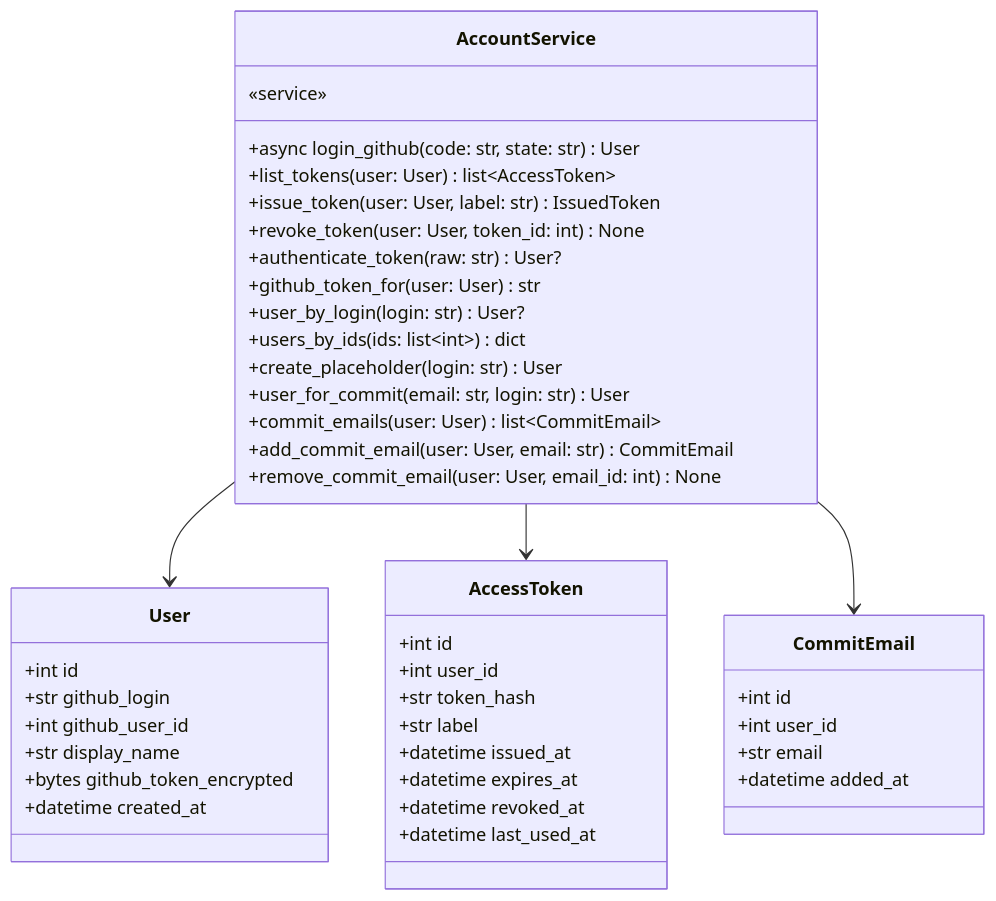
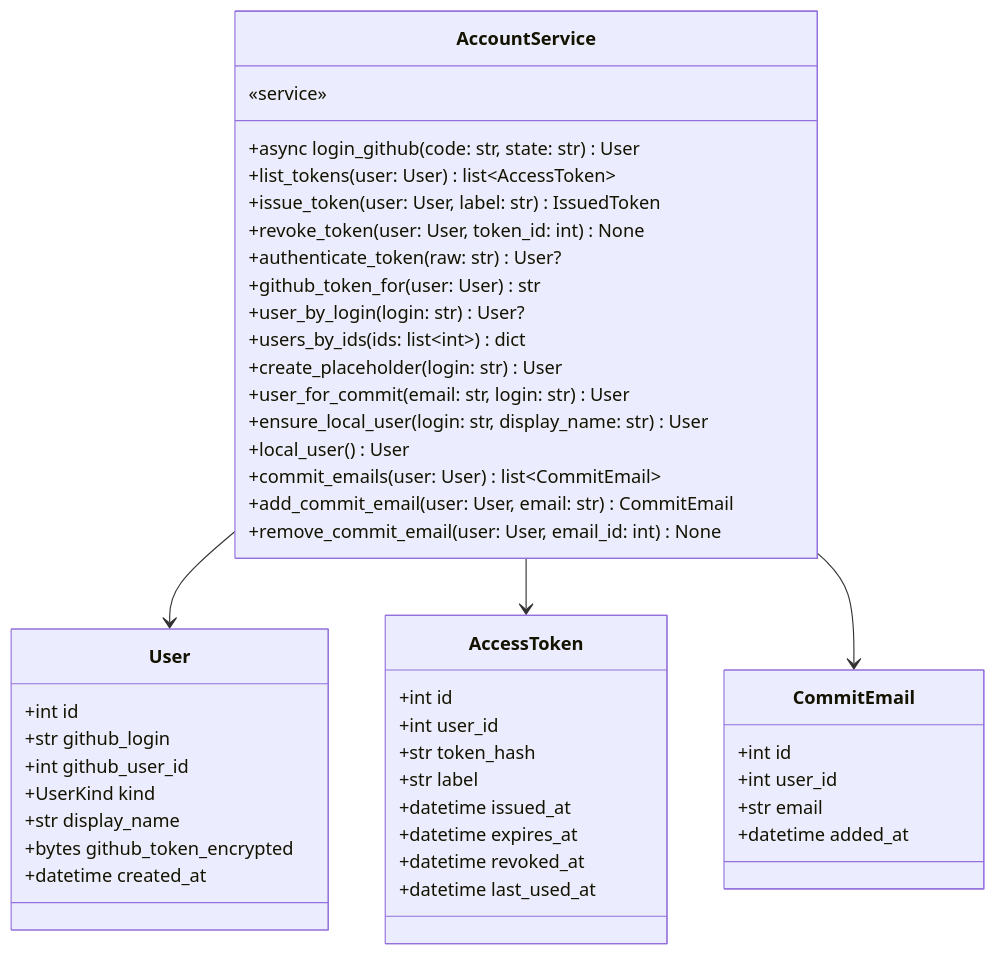
Before and after one commit to HoyoungParkme/syncdoc: diagram 20 of 22 in docs/specs/06-DOM/SYNC-DOM-002.md, drawn with Mermaid. The commit also changed other lines of this file, not shown here.

First line of the commit message:
spec(SYNC-DOM-002): User.kind · UserKind · ensure_local_user·local_user · user_for_commit 폐쇄망판

````diff
--- a/docs/specs/06-DOM/SYNC-DOM-002.md
+++ b/docs/specs/06-DOM/SYNC-DOM-002.md
@@ -918,46 +922,49 @@
 ```mermaid
 classDiagram
     class AccountService {
         «service»
         +async login_github(code: str, state: str) User
         +list_tokens(user: User) list~AccessToken~
         +issue_token(user: User, label: str) IssuedToken
         +revoke_token(user: User, token_id: int) None
         +authenticate_token(raw: str) User?
         +github_token_for(user: User) str
         +user_by_login(login: str) User?
         +users_by_ids(ids: list~int~) dict
         +create_placeholder(login: str) User
         +user_for_commit(email: str, login: str) User
+        +ensure_local_user(login: str, display_name: str) User
+        +local_user() User
         +commit_emails(user: User) list~CommitEmail~
         +add_commit_email(user: User, email: str) CommitEmail
         +remove_commit_email(user: User, email_id: int) None
     }
     class User {
         +int id
         +str github_login
         +int github_user_id
+        +UserKind kind
         +str display_name
         +bytes github_token_encrypted
         +datetime created_at
     }
     class AccessToken {
         +int id
         +int user_id
         +str token_hash
         +str label
         +datetime issued_at
         +datetime expires_at
         +datetime revoked_at
         +datetime last_used_at
     }
     class CommitEmail {
         +int id
         +int user_id
         +str email
         +datetime added_at
     }
     AccountService --> User
     AccountService --> AccessToken
     AccountService --> CommitEmail
 ```
````
